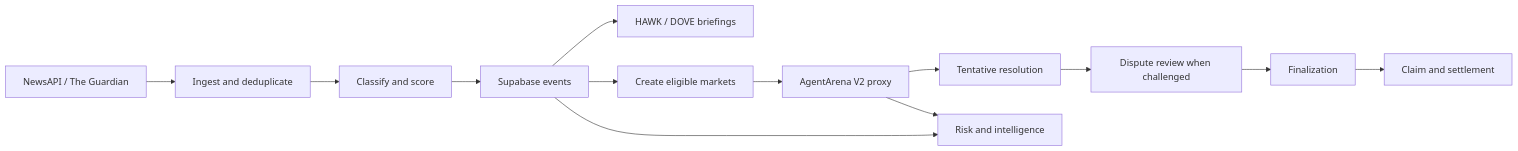
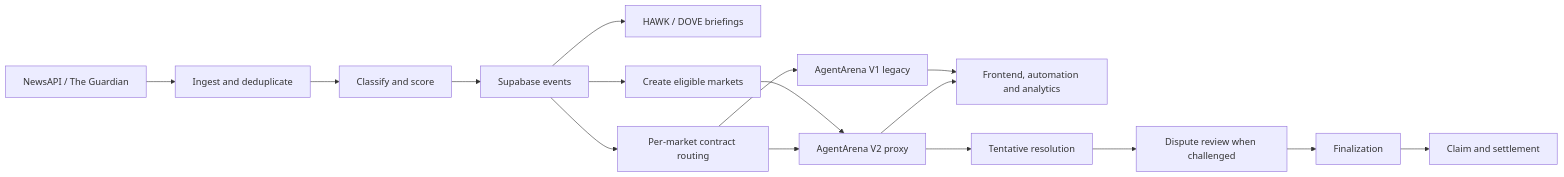
One commit to blocknine0/geomacro changed the first of 10 diagrams in README.md. Above: the diagram before and after it, drawn with Mermaid. The commit also changed other lines of this file, not shown here.

Commit message:
align README with current V1 V2 architecture

````diff
--- a/README.md
+++ b/README.md
@@ -67,15 +74,22 @@
 ```mermaid
 graph LR;
     NEWS["NewsAPI / The Guardian"] --> INGEST["Ingest and deduplicate"];
     INGEST --> CLASSIFY["Classify and score"];
     CLASSIFY --> EVENTS["Supabase events"];
+
     EVENTS --> BRIEF["HAWK / DOVE briefings"];
     EVENTS --> CREATE["Create eligible markets"];
     CREATE --> V2["AgentArena V2 proxy"];
+
+    EVENTS --> ROUTER["Per-market contract routing"];
+    ROUTER --> V1["AgentArena V1 legacy"];
+    ROUTER --> V2;
+
+    V1 --> PRODUCT["Frontend, automation and analytics"];
+    V2 --> PRODUCT;
+
     V2 --> RESOLVE["Tentative resolution"];
     RESOLVE --> DISPUTE["Dispute review when challenged"];
     DISPUTE --> FINALIZE["Finalization"];
     FINALIZE --> CLAIM["Claim and settlement"];
-    EVENTS --> PRODUCT["Risk and intelligence"];
-    V2 --> PRODUCT;
 ```
````
